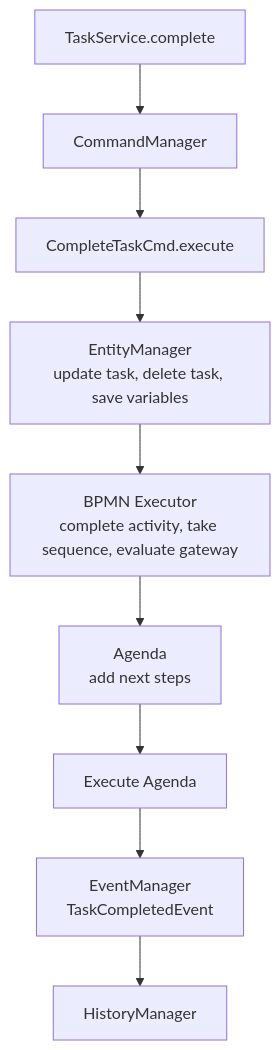
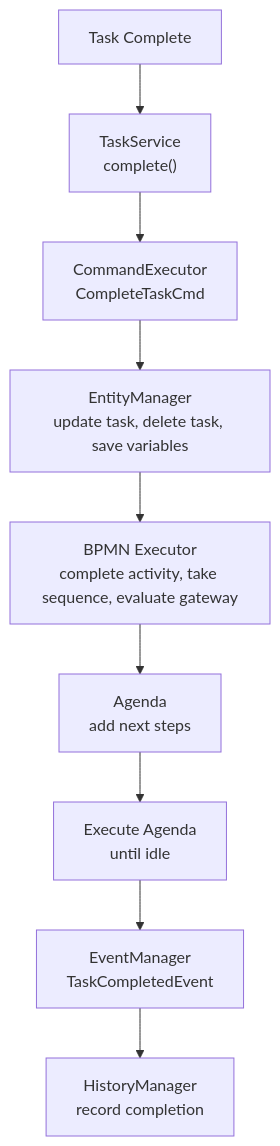
The fifth of 10 diagrams in docs/architecture/overview.md (CaptainGlac1er/activiti-documentation), drawn with Mermaid before and after one commit. The commit also changed other lines of this file and 34 other files, not shown here.

````diff
--- a/docs/architecture/overview.md
+++ b/docs/architecture/overview.md
@@ -314,11 +398,11 @@
 ```mermaid
 flowchart TD
-    TaskSvc["TaskService.complete"] --> CmdMgr["CommandManager"]
-    CmdMgr --> Execute["CompleteTaskCmd.execute"]
-    Execute --> EntityMgr["EntityManager<br/>update task, delete task, save variables"]
-    EntityMgr --> BPMN["BPMN Executor<br/>complete activity, take sequence, evaluate gateway"]
-    BPMN --> Agenda["Agenda<br/>add next steps"]
-    Agenda --> ExecAgenda["Execute Agenda"]
-    ExecAgenda --> EventMgr["EventManager<br/>TaskCompletedEvent"]
-    EventMgr --> HistoryMgr["HistoryManager"]
+    TaskComplete["Task Complete"] --> TaskSvc["TaskService<br>complete()"]
+    TaskSvc --> CmdMgr["CommandExecutor<br>CompleteTaskCmd"]
+    CmdMgr --> EntityMgr["EntityManager<br>update task, delete task, save variables"]
+    EntityMgr --> BPMN["BPMN Executor<br>complete activity, take sequence, evaluate gateway"]
+    BPMN --> Agenda["Agenda<br>add next steps"]
+    Agenda --> ExecAgenda["Execute Agenda<br>until idle"]
+    ExecAgenda --> EventMgr["EventManager<br>TaskCompletedEvent"]
+    EventMgr --> HistoryMgr["HistoryManager<br>record completion"]
 ```
````
